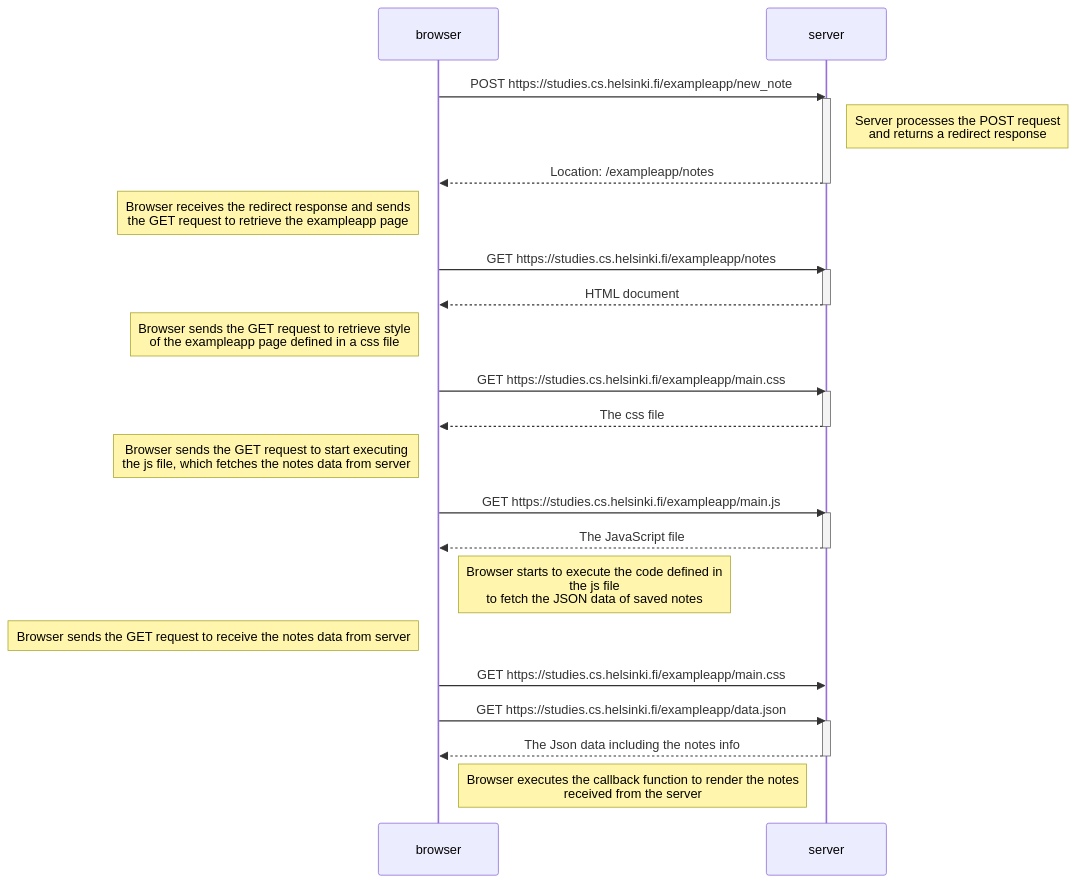
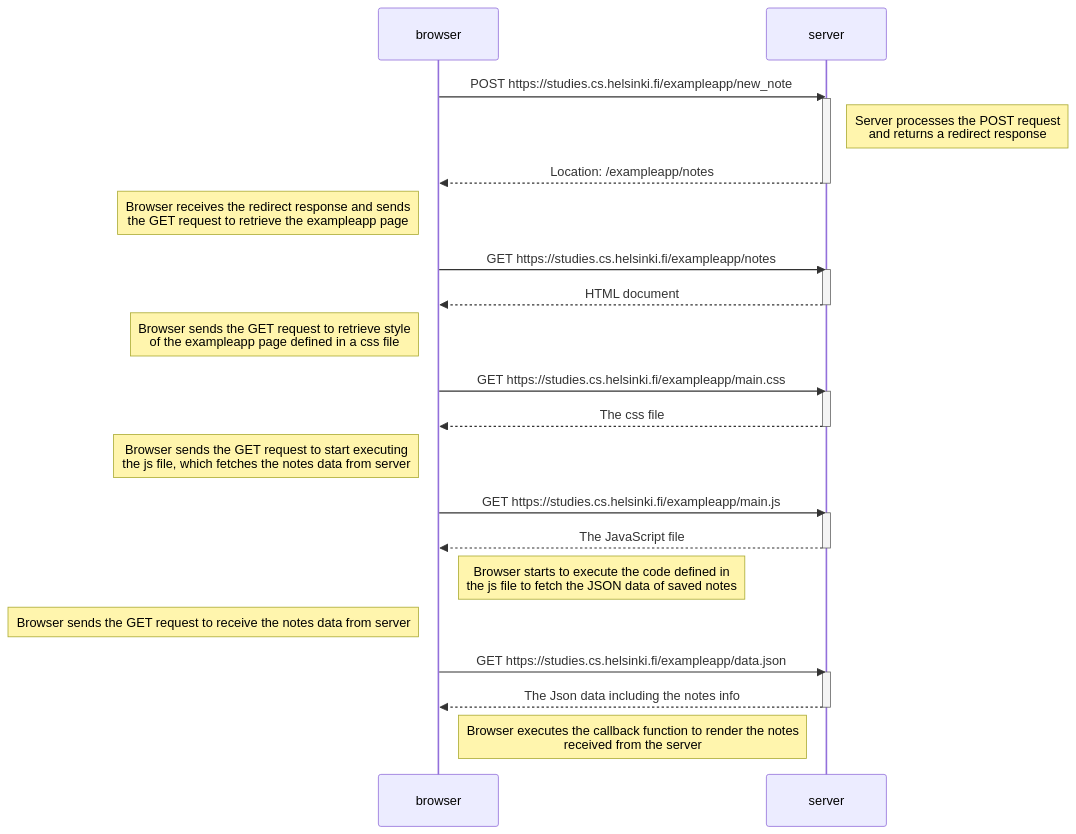
Before and after one commit to oskarioksanen/fullstack_open_palautusrepo: the diagram in osa0/uusi_muistiinpano_kaavio.md, drawn with Mermaid.

````diff
--- a/osa0/uusi_muistiinpano_kaavio.md
+++ b/osa0/uusi_muistiinpano_kaavio.md
@@ -3,41 +3,40 @@
 ```mermaid
 sequenceDiagram
     participant browser
     participant server
 
     browser->>server: POST https://studies.cs.helsinki.fi/exampleapp/new_note
     activate server
 
     Note right of server: Server processes the POST request<br/>and returns a redirect response
 
     server-->>browser: Location: /exampleapp/notes
     deactivate server
     
     Note left of browser: Browser receives the redirect response and sends<br/>the GET request to retrieve the exampleapp page
     browser->>server: GET https://studies.cs.helsinki.fi/exampleapp/notes
     activate server
     server-->>browser: HTML document
     deactivate server
 
     Note left of browser: Browser sends the GET request to retrieve style<br/>of the exampleapp page defined in a css file
     browser->>server: GET https://studies.cs.helsinki.fi/exampleapp/main.css
     activate server
     server-->>browser: The css file
     deactivate server
 
     Note left of browser: Browser sends the GET request to start executing<br/>the js file, which fetches the notes data from server
     browser->>server: GET https://studies.cs.helsinki.fi/exampleapp/main.js
     activate server
     server-->>browser: The JavaScript file
     deactivate server
-    Note right of browser: Browser starts to execute the code defined in<br/>the js file<br/>to fetch the JSON data of saved notes
+    Note right of browser: Browser starts to execute the code defined in<br/>the js file to fetch the JSON data of saved notes
 
     Note left of browser: Browser sends the GET request to receive the notes data from server
-    browser->>server: GET https://studies.cs.helsinki.fi/exampleapp/main.css
     browser->>server: GET https://studies.cs.helsinki.fi/exampleapp/data.json
     activate server
     server-->>browser: The Json data including the notes info
     deactivate server
     Note right of browser: Browser executes the callback function to render the notes<br/>received from the server
 
 ```
````
